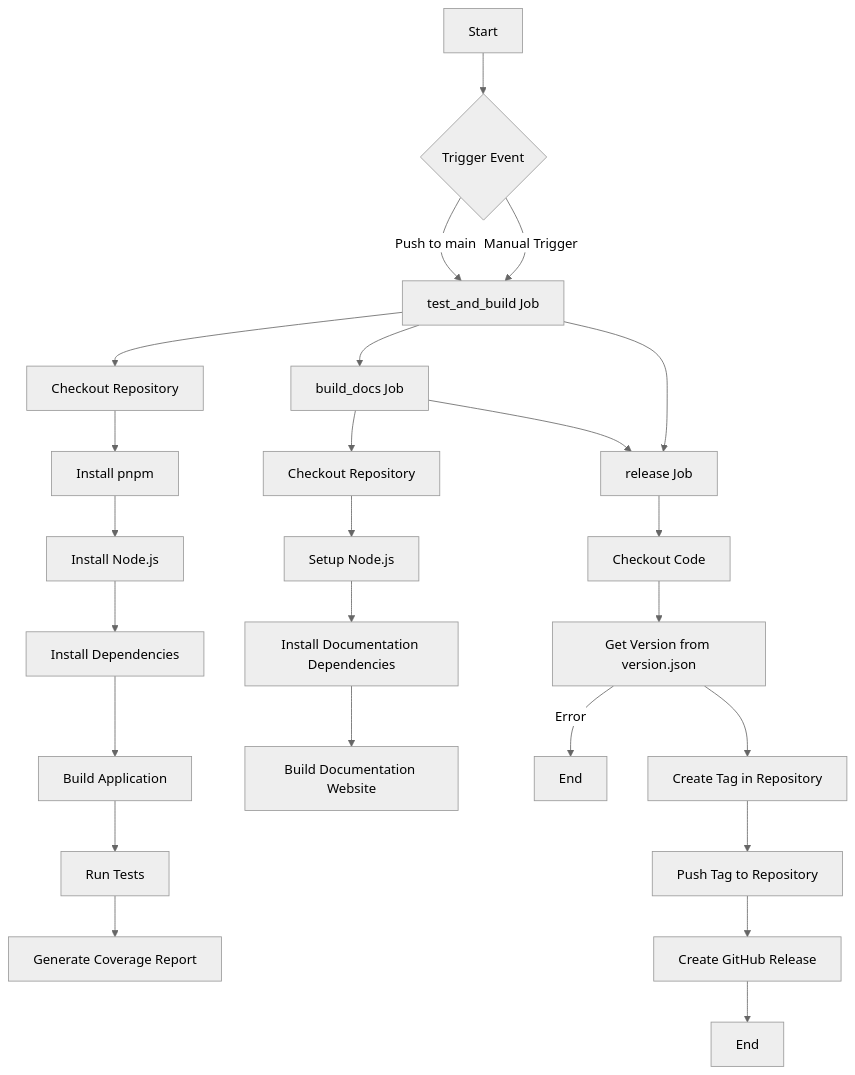
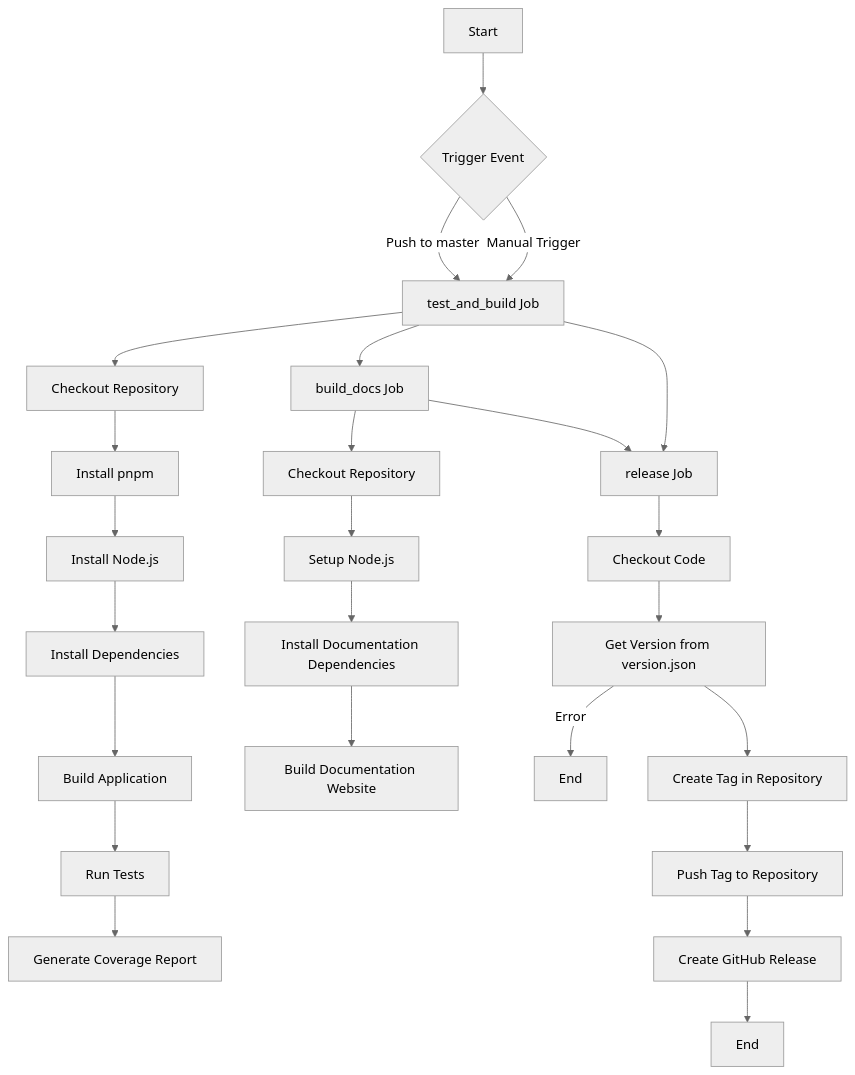
One commit to pyx-industries/pyx-identity-resolver changed the third of 4 diagrams in RELEASE_MANAGEMENT_GUIDE.md. Above: the diagram before and after it, drawn with Mermaid (neutral theme). The commit also changed other lines of this file and 5 other files, not shown here.

````diff
--- a/RELEASE_MANAGEMENT_GUIDE.md
+++ b/RELEASE_MANAGEMENT_GUIDE.md
@@ -271,28 +259,28 @@
 ```mermaid
 flowchart TD
     A[Start] --> B{Trigger Event}
-    B -->|Push to main| C[test_and_build Job]
+    B -->|Push to master| C[test_and_build Job]
     B -->|Manual Trigger| C
     C --> D[Checkout Repository]
     D --> E[Install pnpm]
     E --> F[Install Node.js]
     F --> G[Install Dependencies]
     G --> H[Build Application]
     H --> I[Run Tests]
     I --> J[Generate Coverage Report]
     C --> K[build_docs Job]
     K --> L[Checkout Repository]
     L --> M[Setup Node.js]
     M --> N[Install Documentation Dependencies]
     N --> O[Build Documentation Website]
     C --> P[release Job]
     K --> P
     P --> Q[Checkout Code]
     Q --> R[Get Version from version.json]
     R -->|Error| Z[End]
     R --> S[Create Tag in Repository]
     S --> T[Push Tag to Repository]
     T --> U[Create GitHub Release]
     U --> V[End]
 
 ```
````
